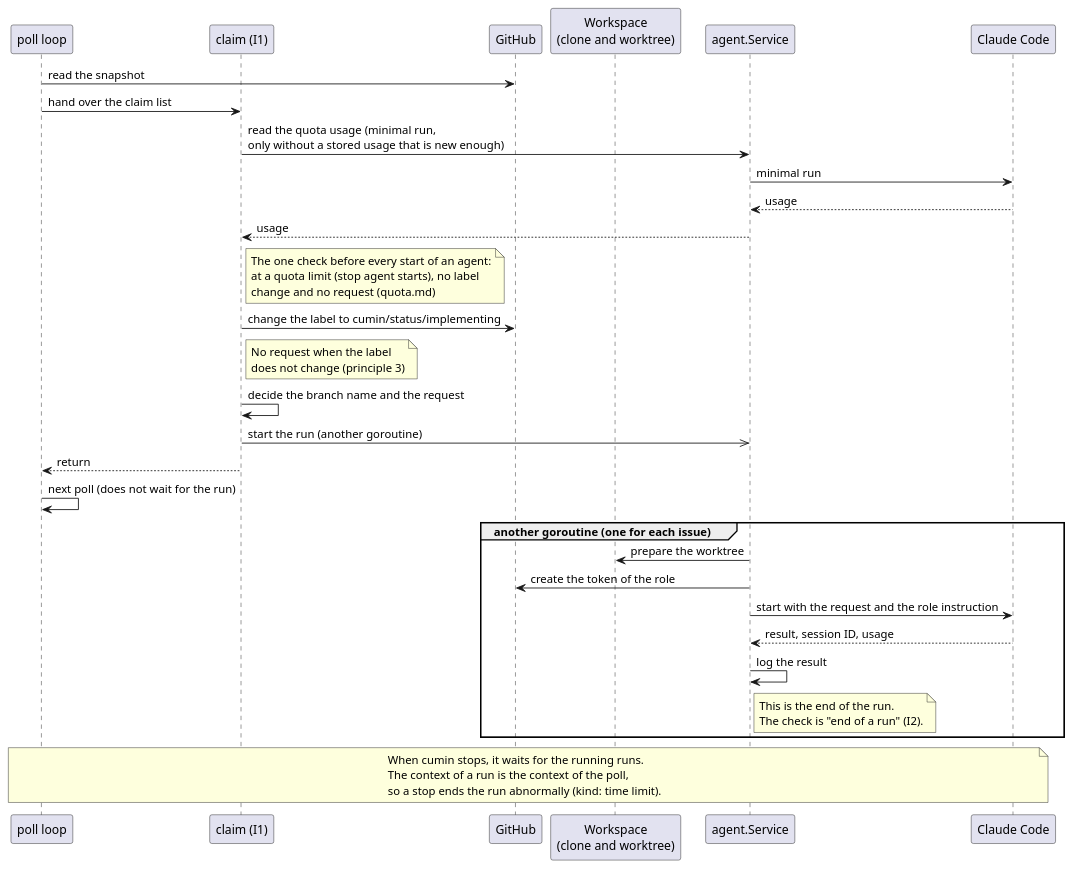
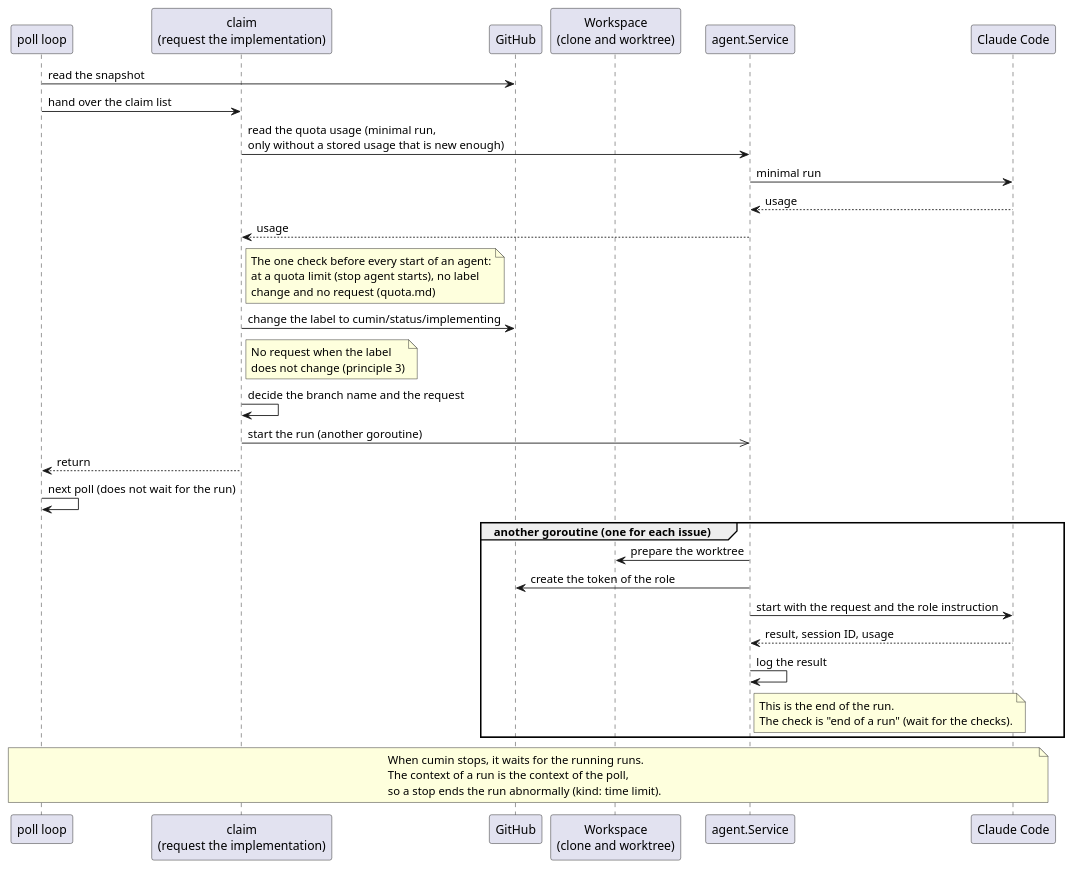
One commit to cloveclovedev/cumin-works changed the diagram in docs/ja/designs/poll-start.puml. Above: the diagram before and after it, drawn with PlantUML. The commit also changed 19 other files, not shown here.

```diff
--- a/docs/ja/designs/poll-start.puml
+++ b/docs/ja/designs/poll-start.puml
@@ -1,53 +1,53 @@
 @startuml poll-start
-' cumin works - the claim (I1) and agent runs in parallel.
+' cumin works - the claim (request the implementation) and agent runs in parallel.
 ' Document: poll.md, section on agent runs in parallel.
 ' Render: run scripts/render-diagrams.sh at the root of the repository.
 skinparam shadowing false
 skinparam defaultFontName sans-serif
 
 participant "poll loop" as poll
-participant "claim (I1)" as claim
+participant "claim\n(request the implementation)" as claim
 participant "GitHub" as gh
 participant "Workspace\n(clone and worktree)" as ws
 participant "agent.Service" as agents
 participant "Claude Code" as cli
 
 poll -> gh: read the snapshot
 poll -> claim: hand over the claim list
 claim -> agents: read the quota usage (minimal run,\nonly without a stored usage that is new enough)
 agents -> cli: minimal run
 cli --> agents: usage
 agents --> claim: usage
 note right of claim
   The one check before every start of an agent:
   at a quota limit (stop agent starts), no label
   change and no request (quota.md)
 end note
 claim -> gh: change the label to cumin/status/implementing
 note right of claim
   No request when the label
   does not change (principle 3)
 end note
 claim -> claim: decide the branch name and the request
 claim ->> agents: start the run (another goroutine)
 claim --> poll: return
 poll -> poll: next poll (does not wait for the run)
 
 group another goroutine (one for each issue)
   agents -> ws: prepare the worktree
   agents -> gh: create the token of the role
   agents -> cli: start with the request and the role instruction
   cli --> agents: result, session ID, usage
   agents -> agents: log the result
   note right of agents
     This is the end of the run.
-    The check is "end of a run" (I2).
+    The check is "end of a run" (wait for the checks).
   end note
 end
 
 note over poll, cli
   When cumin stops, it waits for the running runs.
   The context of a run is the context of the poll,
   so a stop ends the run abnormally (kind: time limit).
 end note
 @enduml
```
